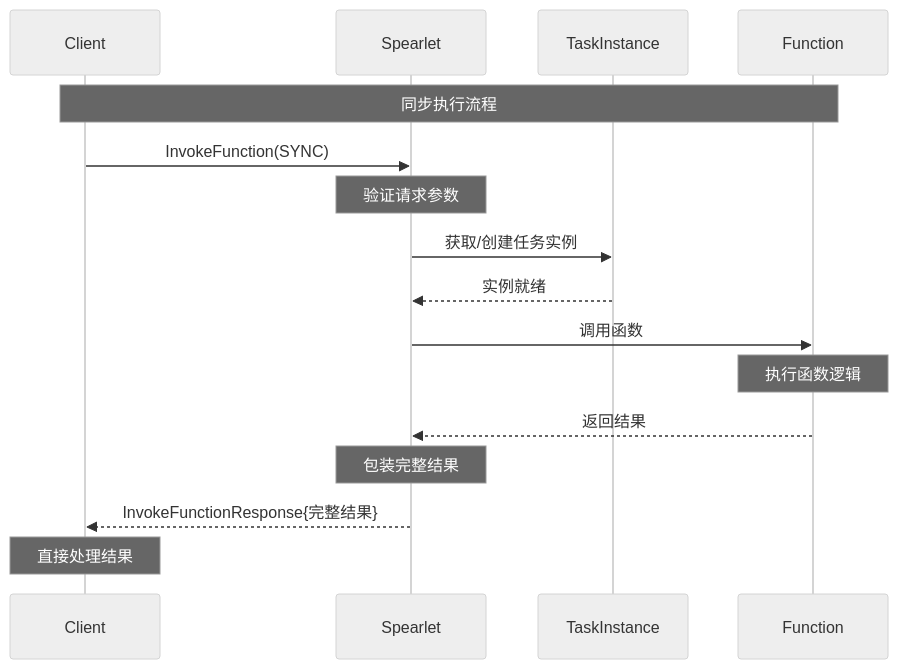
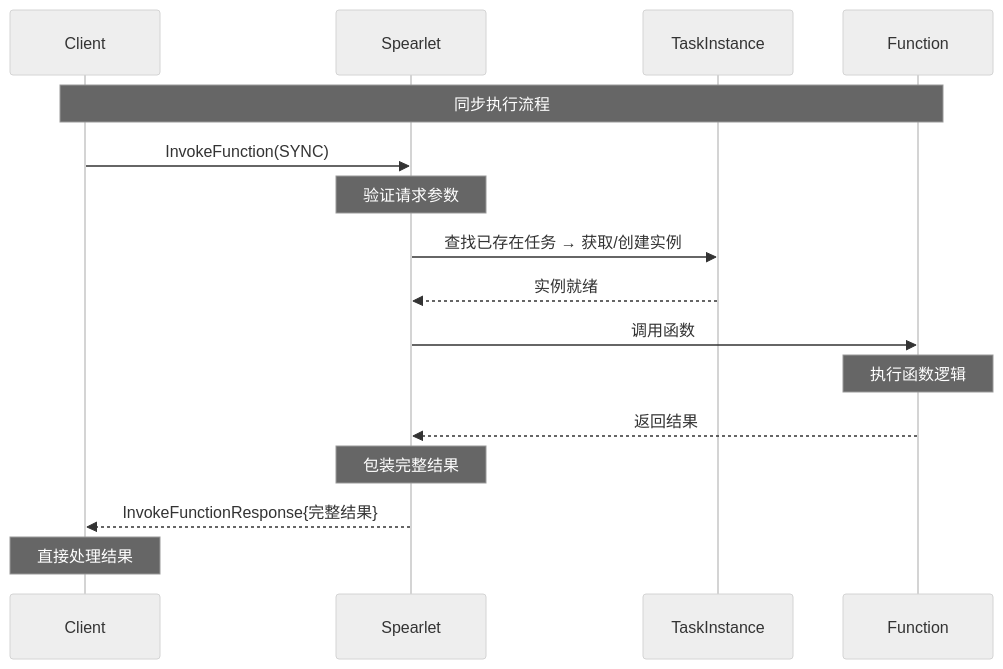
One commit to lfedgeai/SPEAR changed the first of 2 diagrams in spear-next/ai-docs/sync-async-invocation-comparison-zh.md. Above: the diagram before and after it, drawn with Mermaid (neutral theme). The commit also changed other lines of this file and 46 other files, not shown here.

````diff
--- a/spear-next/ai-docs/sync-async-invocation-comparison-zh.md
+++ b/spear-next/ai-docs/sync-async-invocation-comparison-zh.md
@@ -108,24 +110,24 @@
 ```mermaid
 sequenceDiagram
     participant Client
     participant Spearlet
     participant TaskInstance
     participant Function
 
     Note over Client,Function: 同步执行流程
     
     Client->>Spearlet: InvokeFunction(SYNC)
     Note over Spearlet: 验证请求参数
     
-    Spearlet->>TaskInstance: 获取/创建任务实例
+    Spearlet->>TaskInstance: 查找已存在任务 → 获取/创建实例
     TaskInstance-->>Spearlet: 实例就绪
     
     Spearlet->>Function: 调用函数
     Note over Function: 执行函数逻辑
     Function-->>Spearlet: 返回结果
     
     Note over Spearlet: 包装完整结果
     Spearlet-->>Client: InvokeFunctionResponse{完整结果}
     
     Note over Client: 直接处理结果
 ```
````
